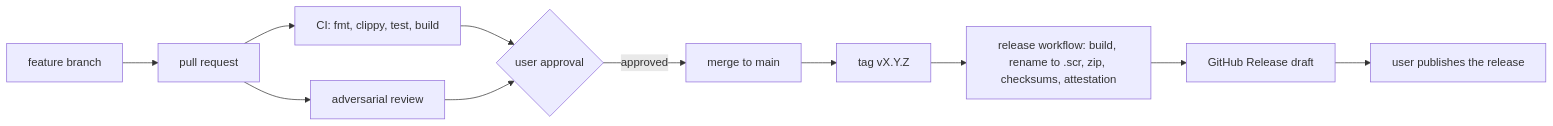
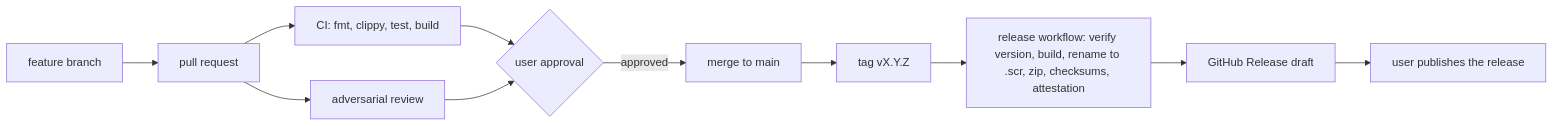
The second of 2 diagrams in docs/plans/0001-initial-implementation-plan.md (suchi/flying-microwave), drawn with Mermaid before and after one commit. The commit also changed other lines of this file and 6 other files, not shown here.

````diff
--- a/docs/plans/0001-initial-implementation-plan.md
+++ b/docs/plans/0001-initial-implementation-plan.md
@@ -269,13 +312,13 @@
 ```mermaid
 flowchart LR
     branch["feature branch"] --> pr["pull request"]
     pr --> ci["CI: fmt, clippy, test, build"]
     pr --> review["adversarial review"]
     ci --> approval{"user approval"}
     review --> approval
     approval -->|"approved"| merge["merge to main"]
     merge --> tag["tag vX.Y.Z"]
-    tag --> build["release workflow: build, rename to .scr, zip, checksums, attestation"]
+    tag --> build["release workflow: verify version, build, rename to .scr, zip, checksums, attestation"]
     build --> draft["GitHub Release draft"]
     draft --> publish["user publishes the release"]
 ```
````
